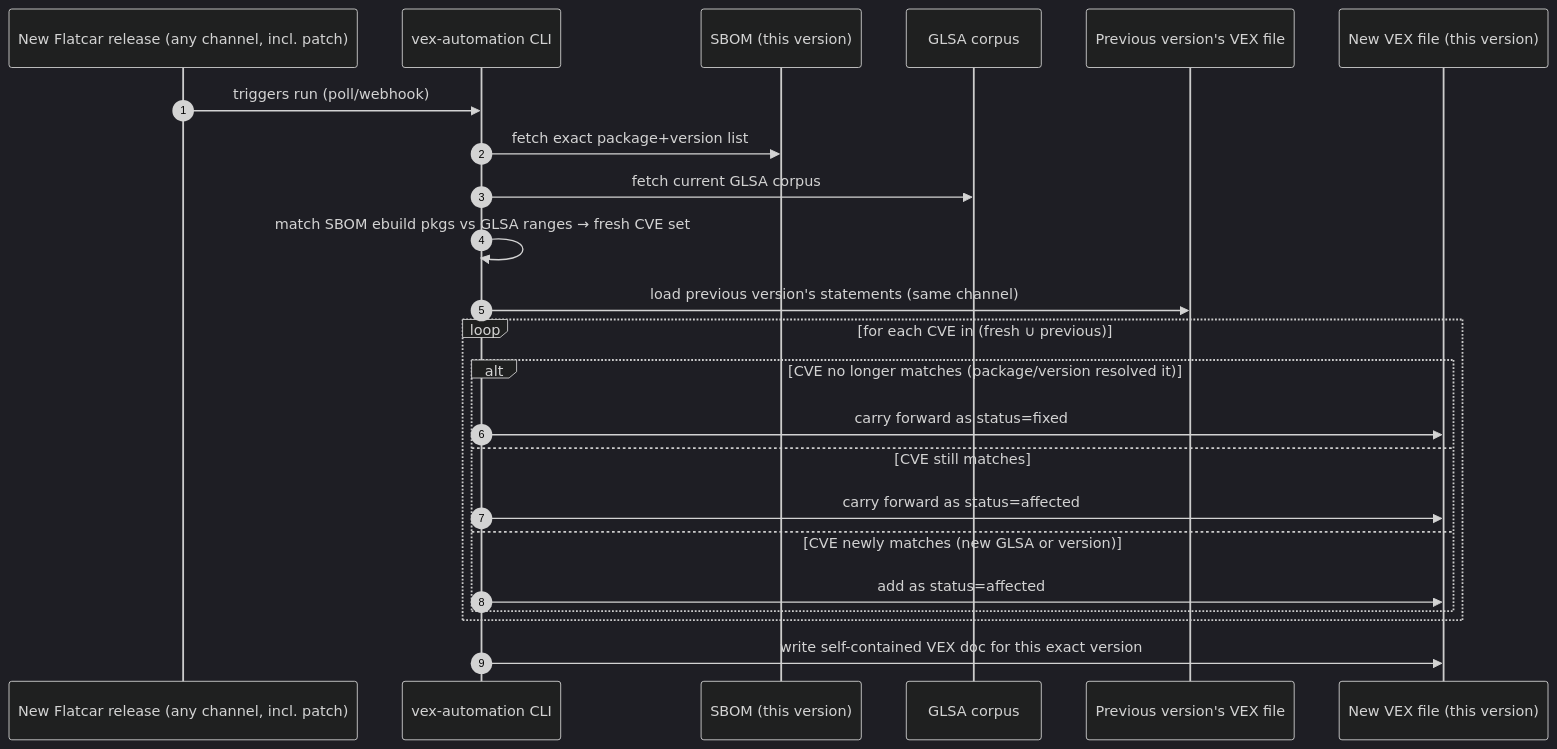
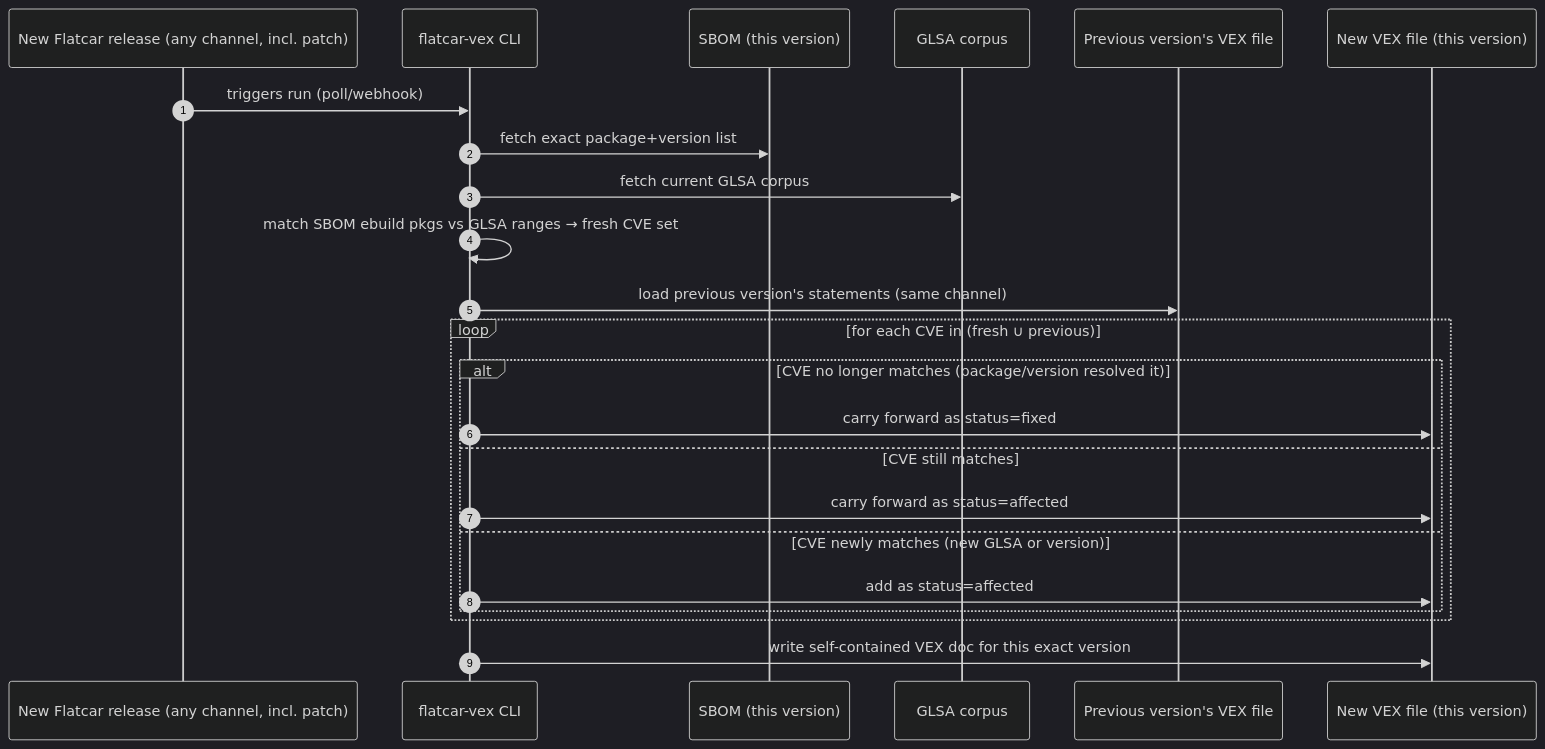
The third of 3 diagrams in docs/plan.md (flatcar/vex-automation), drawn with Mermaid (dark theme) before and after one commit. The commit also changed other lines of this file and 7 other files, not shown here.

````diff
--- a/docs/plan.md
+++ b/docs/plan.md
@@ -162,26 +162,26 @@
 ```mermaid
 sequenceDiagram
     autonumber
     participant Rel as New Flatcar release (any channel, incl. patch)
-    participant CLI as vex-automation CLI
+    participant CLI as flatcar-vex CLI
     participant SBOM as SBOM (this version)
     participant GLSA as GLSA corpus
     participant Prev as Previous version's VEX file
     participant Out as New VEX file (this version)
 
     Rel->>CLI: triggers run (poll/webhook)
     CLI->>SBOM: fetch exact package+version list
     CLI->>GLSA: fetch current GLSA corpus
     CLI->>CLI: match SBOM ebuild pkgs vs GLSA ranges → fresh CVE set
     CLI->>Prev: load previous version's statements (same channel)
     loop for each CVE in (fresh ∪ previous)
         alt CVE no longer matches (package/version resolved it)
             CLI->>Out: carry forward as status=fixed
         else CVE still matches
             CLI->>Out: carry forward as status=affected
         else CVE newly matches (new GLSA or version)
             CLI->>Out: add as status=affected
         end
     end
     CLI->>Out: write self-contained VEX doc for this exact version
 ```
````
